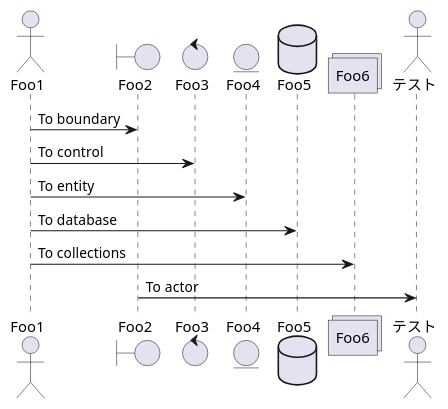
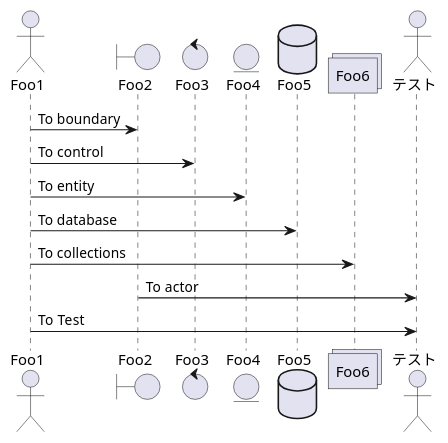
One commit to yoshida-m-3/generate-plantuml changed the diagram in docs/test.puml. Above: the diagram before and after it, drawn with PlantUML.

```diff
--- a/docs/test.puml
+++ b/docs/test.puml
@@ -1,15 +1,16 @@
 @startuml
 actor Foo1
 boundary Foo2
 control Foo3
 entity Foo4
 database Foo5
 collections Foo6
 actor テスト
 Foo1 -> Foo2 : To boundary
 Foo1 -> Foo3 : To control
 Foo1 -> Foo4 : To entity
 Foo1 -> Foo5 : To database
 Foo1 -> Foo6 : To collections
 Foo2 -> テスト : To actor
+Foo1 -> テスト : To Test
 @enduml
```
